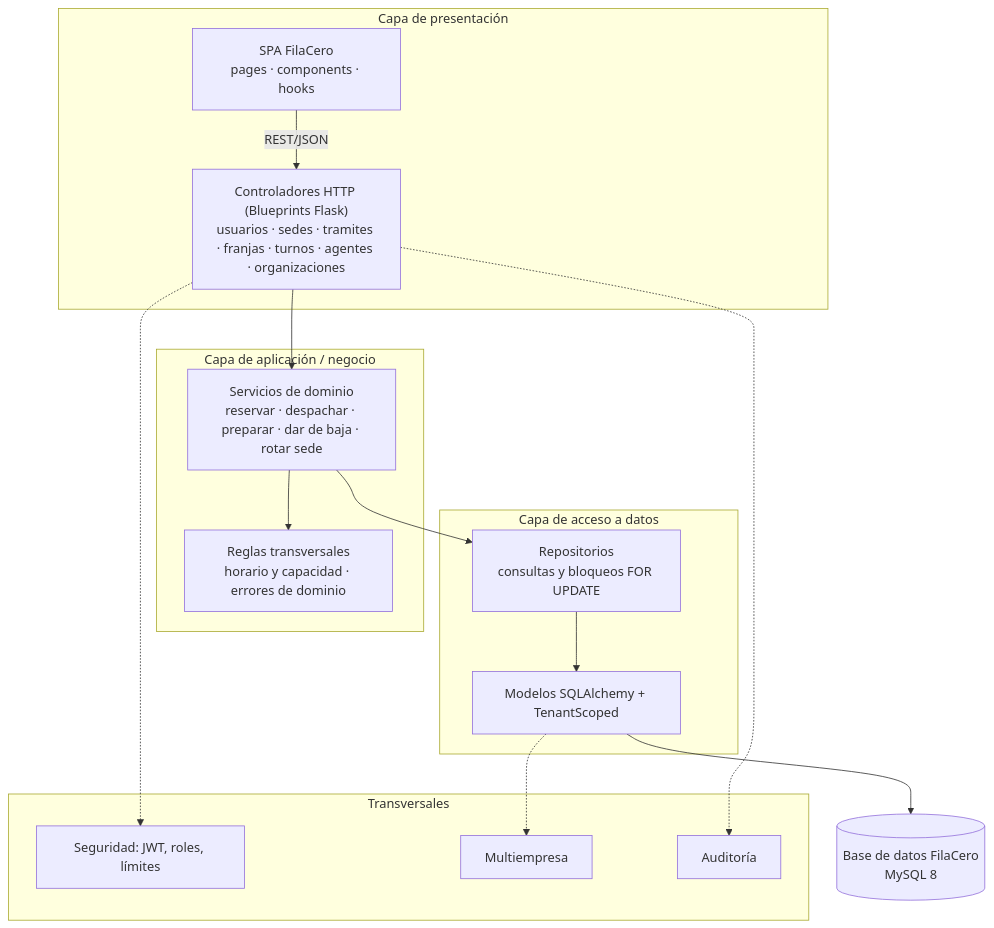
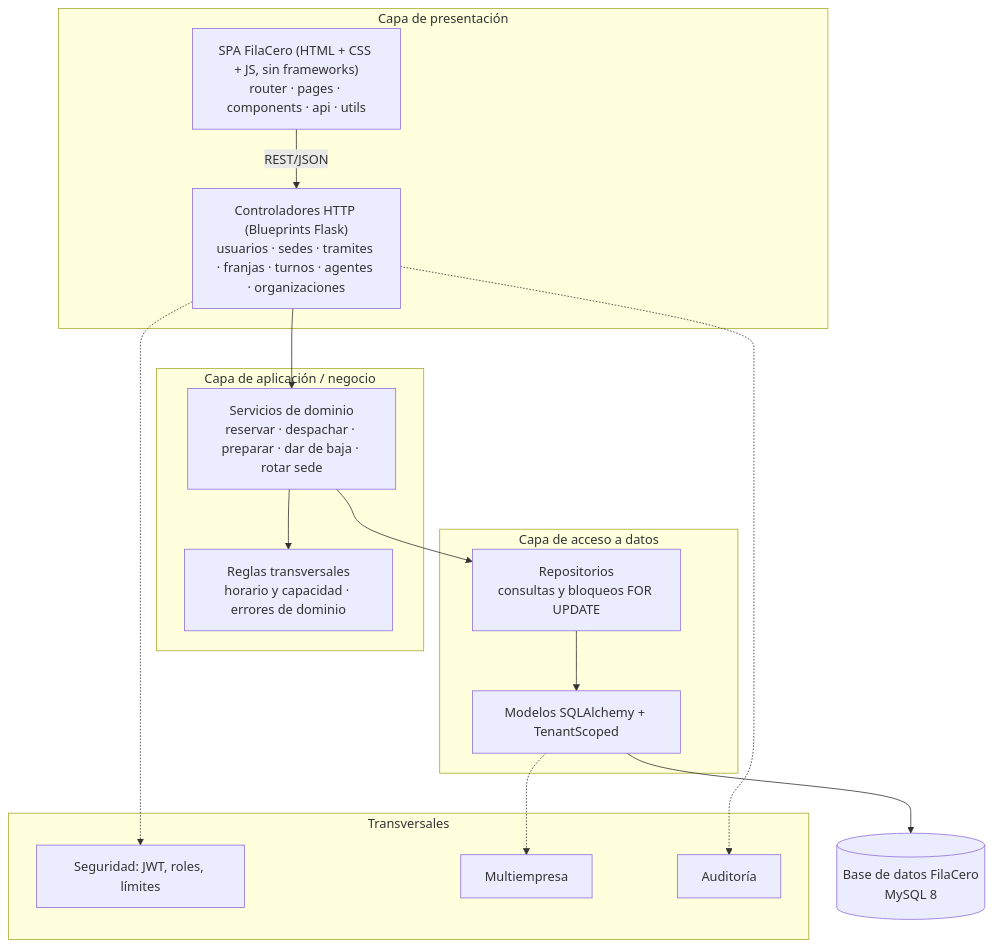
One commit to ElkinUCC/FilaCero changed the first of 3 diagrams in docs/arquitectura/04-arquitectura-logica.md. Above: the diagram before and after it, drawn with Mermaid. The commit also changed other lines of this file and 137 other files, not shown here.

````diff
--- a/docs/arquitectura/04-arquitectura-logica.md
+++ b/docs/arquitectura/04-arquitectura-logica.md
@@ -9,31 +9,31 @@
 ```mermaid
 flowchart TB
     subgraph Presentacion["Capa de presentación"]
-        SPA["SPA FilaCero<br/>pages · components · hooks"]
+        SPA["SPA FilaCero (HTML + CSS + JS, sin frameworks)<br/>router · pages · components · api · utils"]
         CTRL["Controladores HTTP (Blueprints Flask)<br/>usuarios · sedes · tramites · franjas · turnos · agentes · organizaciones"]
     end
     subgraph Aplicacion["Capa de aplicación / negocio"]
         SERV["Servicios de dominio<br/>reservar · despachar · preparar · dar de baja · rotar sede"]
         REG["Reglas transversales<br/>horario y capacidad · errores de dominio"]
     end
     subgraph Datos["Capa de acceso a datos"]
         REPO["Repositorios<br/>consultas y bloqueos FOR UPDATE"]
         MOD["Modelos SQLAlchemy + TenantScoped"]
     end
     subgraph Transversal["Transversales"]
         SEG["Seguridad: JWT, roles, límites"]
         TEN["Multiempresa"]
         AUD["Auditoría"]
     end
     BD[("Base de datos FilaCero<br/>MySQL 8")]
 
     SPA -- "REST/JSON" --> CTRL
     CTRL --> SERV
     SERV --> REG
     SERV --> REPO
     REPO --> MOD
     MOD --> BD
     CTRL -.-> SEG
     CTRL -.-> AUD
     MOD -.-> TEN
 ```
````
